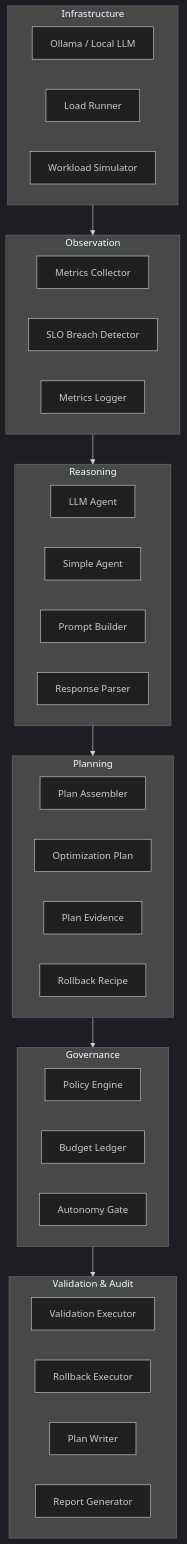
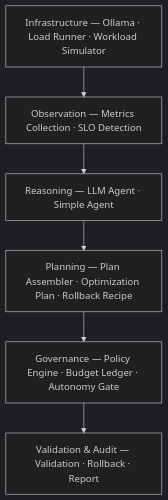
One commit to sibasispadhi/agentic-cloud-optimizer changed the second of 2 diagrams in README.md. Above: the diagram before and after it, drawn with Mermaid (dark theme). The commit also changed other lines of this file, not shown here.

Commit message:
docs: redesign architecture diagrams — remove feedback loop, flatten layers

````diff
--- a/README.md
+++ b/README.md
@@ -88,47 +83,11 @@
 ```mermaid
-graph TB
-    subgraph INFRA["Infrastructure"]
-        OL[Ollama / Local LLM]
-        LR[Load Runner]
-        SIM[Workload Simulator]
-    end
+flowchart TD
+    A["Infrastructure — Ollama · Load Runner · Workload Simulator"]
+    B["Observation — Metrics Collection · SLO Detection"]
+    C["Reasoning — LLM Agent · Simple Agent"]
+    D["Planning — Plan Assembler · Optimization Plan · Rollback Recipe"]
+    E["Governance — Policy Engine · Budget Ledger · Autonomy Gate"]
+    F["Validation & Audit — Validation · Rollback · Report"]
 
-    subgraph OBS["Observation"]
-        GMC[Metrics Collector]
-        SBD[SLO Breach Detector]
-        ML[Metrics Logger]
-    end
-
-    subgraph REASON["Reasoning"]
-        LLMA[LLM Agent]
-        SA[Simple Agent]
-        LPB[Prompt Builder]
-        LRP[Response Parser]
-    end
-
-    subgraph PLAN["Planning"]
-        PA2[Plan Assembler]
-        OP[Optimization Plan]
-        PCE[Plan Evidence]
-        VRR[Rollback Recipe]
-    end
-
-    subgraph GOV["Governance"]
-        PE2[Policy Engine]
-        ABL[Budget Ledger]
-        AG2[Autonomy Gate]
-    end
-
-    subgraph AUDIT2["Validation & Audit"]
-        VE2[Validation Executor]
-        RE2[Rollback Executor]
-        PW[Plan Writer]
-        RG[Report Generator]
-    end
-
-    INFRA --> OBS
-    OBS --> REASON
-    REASON --> PLAN
-    PLAN --> GOV
-    GOV --> AUDIT2
+    A --> B --> C --> D --> E --> F
 ```
````
